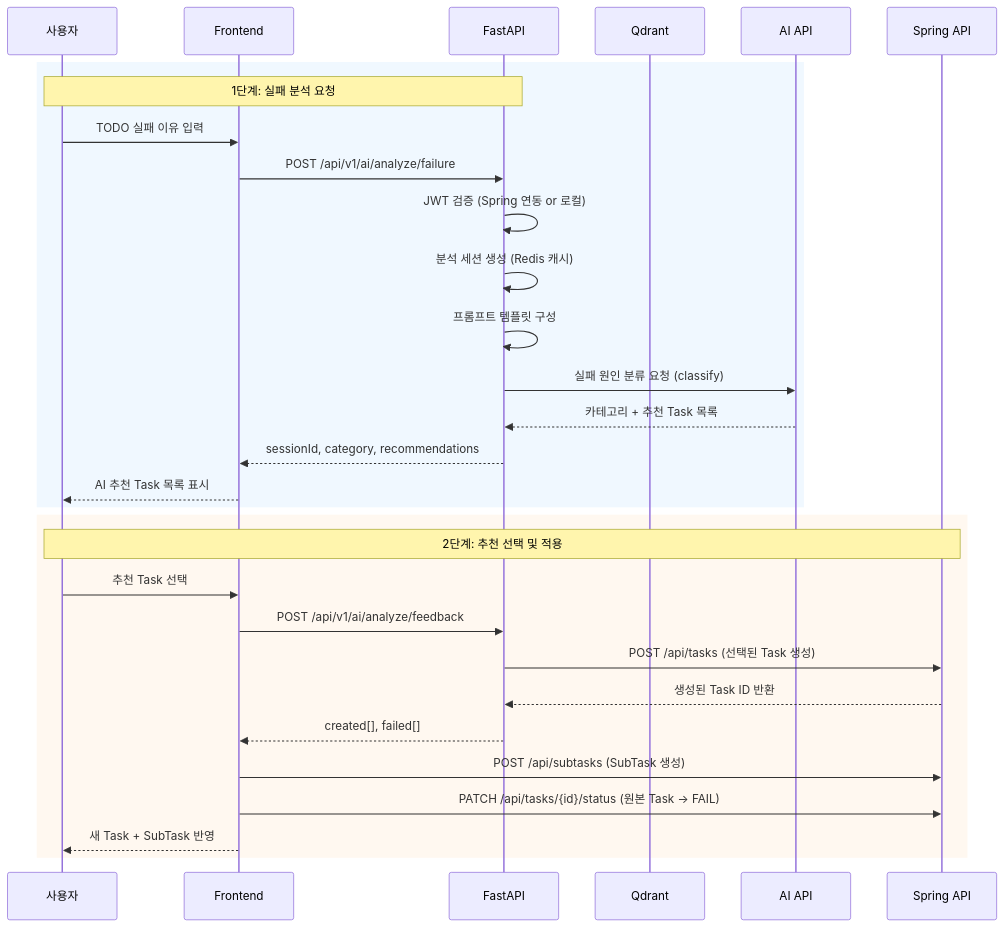
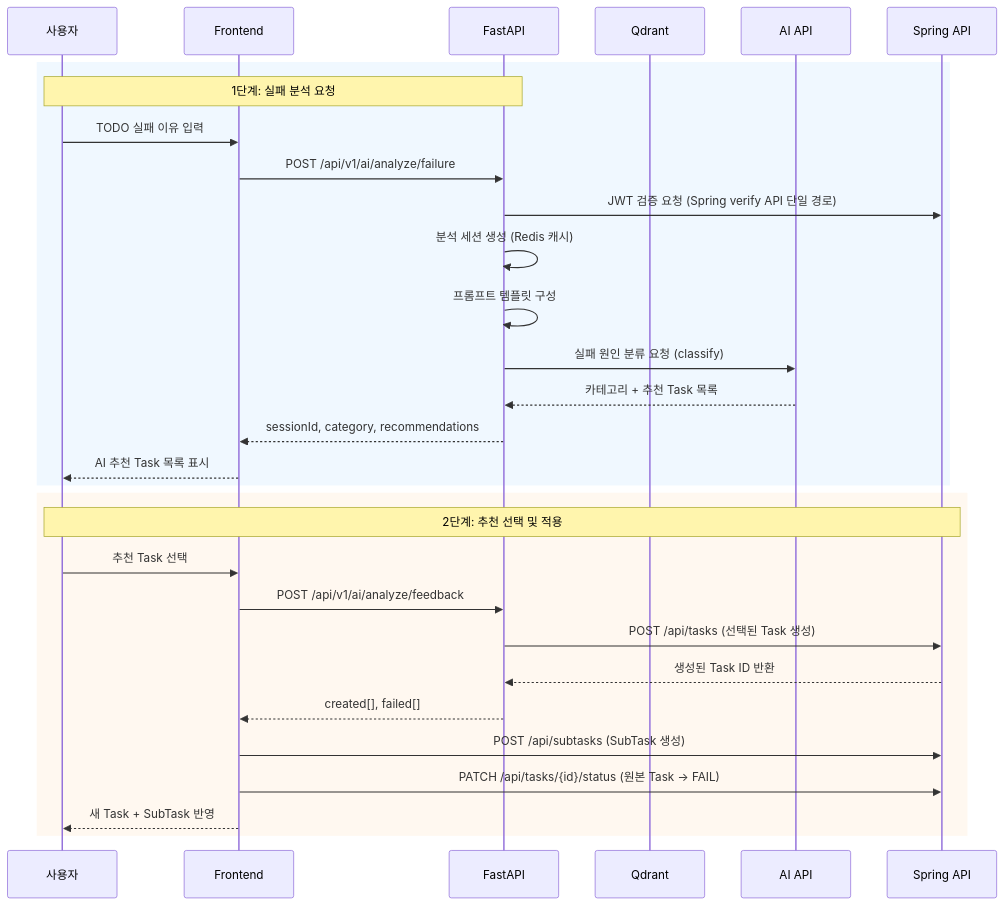
Before and after one commit to ramyo564/L_N_Project: the second of 10 diagrams in Backend/README.md, drawn with Mermaid. The commit also changed other lines of this file and 6 other files, not shown here.

````diff
--- a/Backend/README.md
+++ b/Backend/README.md
@@ -183,34 +188,34 @@
 ```mermaid
 sequenceDiagram
     participant U as 사용자
     participant F as Frontend
     participant AI as FastAPI
     participant Q as Qdrant
     participant LLM as AI API
     participant S as Spring API
 
     rect rgb(240, 248, 255)
         Note over U,AI: 1단계: 실패 분석 요청
         U->>F: TODO 실패 이유 입력
         F->>AI: POST /api/v1/ai/analyze/failure
-        AI->>AI: JWT 검증 (Spring 연동 or 로컬)
+        AI->>S: JWT 검증 요청 (Spring verify API 단일 경로)
         AI->>AI: 분석 세션 생성 (Redis 캐시)
         AI->>AI: 프롬프트 템플릿 구성
         AI->>LLM: 실패 원인 분류 요청 (classify)
         LLM-->>AI: 카테고리 + 추천 Task 목록
         AI-->>F: sessionId, category, recommendations
         F-->>U: AI 추천 Task 목록 표시
     end
 
     rect rgb(255, 248, 240)
         Note over U,S: 2단계: 추천 선택 및 적용
         U->>F: 추천 Task 선택
         F->>AI: POST /api/v1/ai/analyze/feedback
         AI->>S: POST /api/tasks (선택된 Task 생성)
         S-->>AI: 생성된 Task ID 반환
         AI-->>F: created[], failed[]
         F->>S: POST /api/subtasks (SubTask 생성)
         F->>S: PATCH /api/tasks/{id}/status (원본 Task → FAIL)
         F-->>U: 새 Task + SubTask 반영
     end
 ```
````
